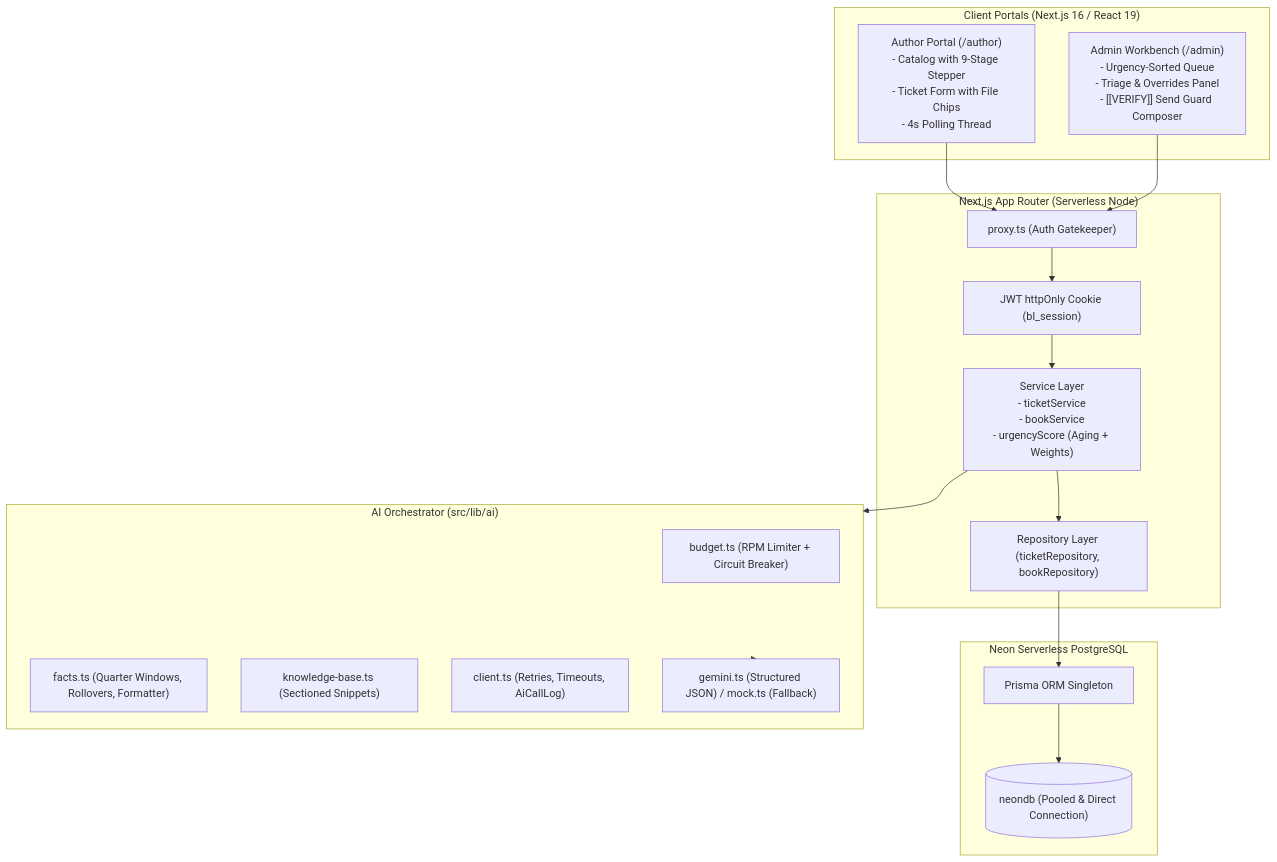
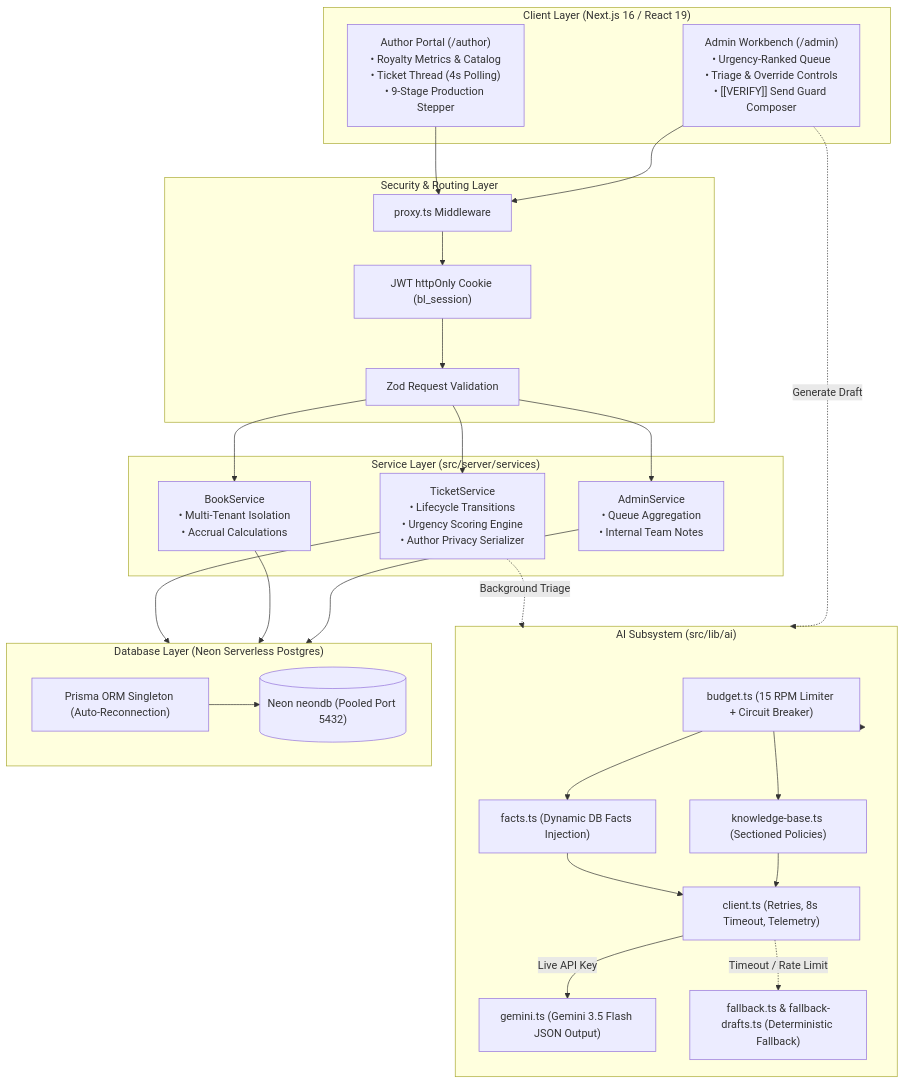
One commit to Nish2005karsh/BookLeaf changed the diagram in README.md. Above: the diagram before and after it, drawn with Mermaid. The commit also changed other lines of this file and 10 other files, not shown here.

````diff
--- a/README.md
+++ b/README.md
@@ -28,38 +118,52 @@
 ```mermaid
 flowchart TD
-  subgraph Client ["Client Portals (Next.js 16 / React 19)"]
-    AuthorUI["Author Portal (/author)\n- Catalog with 9-Stage Stepper\n- Ticket Form with File Chips\n- 4s Polling Thread"]
-    AdminUI["Admin Workbench (/admin)\n- Urgency-Sorted Queue\n- Triage & Overrides Panel\n- [[VERIFY]] Send Guard Composer"]
+  subgraph Client ["Client Layer (Next.js 16 / React 19)"]
+    AuthorApp["Author Portal (/author)\n• Royalty Metrics & Catalog\n• Ticket Thread (4s Polling)\n• 9-Stage Production Stepper"]
+    AdminApp["Admin Workbench (/admin)\n• Urgency-Ranked Queue\n• Triage & Override Controls\n• [[VERIFY]] Send Guard Composer"]
   end
 
-  subgraph Server ["Next.js App Router (Serverless Node)"]
-    Proxy["proxy.ts (Auth Gatekeeper)"]
-    Guard["JWT httpOnly Cookie (bl_session)"]
-    ServiceLayer["Service Layer\n- ticketService\n- bookService\n- urgencyScore (Aging + Weights)"]
-    RepoLayer["Repository Layer (ticketRepository, bookRepository)"]
+  subgraph Gatekeeper ["Security & Routing Layer"]
+    Proxy["proxy.ts Middleware"]
+    JWTGuard["JWT httpOnly Cookie (bl_session)"]
+    ZodValidate["Zod Request Validation"]
   end
 
-  subgraph Database ["Neon Serverless PostgreSQL"]
-    NeonDB[("neondb (Pooled & Direct Connection)")]
-    PrismaClient["Prisma ORM Singleton"]
+  subgraph Services ["Service Layer (src/server/services)"]
+    TicketService["TicketService\n• Lifecycle Transitions\n• Urgency Scoring Engine\n• Author Privacy Serializer"]
+    BookService["BookService\n• Multi-Tenant Isolation\n• Accrual Calculations"]
+    AdminService["AdminService\n• Queue Aggregation\n• Internal Team Notes"]
   end
 
-  subgraph AISubsystem ["AI Orchestrator (src/lib/ai)"]
-    Budget["budget.ts (RPM Limiter + Circuit Breaker)"]
-    FactsEngine["facts.ts (Quarter Windows, Rollovers, Formatter)"]
-    KBEngine["knowledge-base.ts (Sectioned Snippets)"]
-    AIClient["client.ts (Retries, Timeouts, AiCallLog)"]
-    Provider["gemini.ts (Structured JSON) / mock.ts (Fallback)"]
+  subgraph AIOrchestrator ["AI Subsystem (src/lib/ai)"]
+    BudgetManager["budget.ts (15 RPM Limiter + Circuit Breaker)"]
+    FactsBuilder["facts.ts (Dynamic DB Facts Injection)"]
+    KBRetriever["knowledge-base.ts (Sectioned Policies)"]
+    AIClient["client.ts (Retries, 8s Timeout, Telemetry)"]
+    GeminiEngine["gemini.ts (Gemini 3.5 Flash JSON Output)"]
+    FallbackEngine["fallback.ts & fallback-drafts.ts (Deterministic Fallback)"]
   end
 
-  AuthorUI --> Proxy
-  AdminUI --> Proxy
-  Proxy --> Guard
-  Guard --> ServiceLayer
-  ServiceLayer --> RepoLayer
-  RepoLayer --> PrismaClient
-  PrismaClient --> NeonDB
+  subgraph Storage ["Database Layer (Neon Serverless Postgres)"]
+    NeonPooler[("Neon neondb (Pooled Port 5432)")]
+    PrismaClient["Prisma ORM Singleton (Auto-Reconnection)"]
+  end
 
-  ServiceLayer --> AISubsystem
-  AISubsystem --> Provider
+  AuthorApp --> Proxy
+  AdminApp --> Proxy
+  Proxy --> JWTGuard
+  JWTGuard --> ZodValidate
+  ZodValidate --> TicketService & BookService & AdminService
+
+  TicketService --> Storage
+  BookService --> Storage
+  AdminService --> Storage
+  PrismaClient --> NeonPooler
+
+  TicketService -.->|Background Triage| AIOrchestrator
+  AdminApp -.->|Generate Draft| AIOrchestrator
+  AIOrchestrator --> BudgetManager
+  BudgetManager --> FactsBuilder & KBRetriever
+  FactsBuilder & KBRetriever --> AIClient
+  AIClient -->|Live API Key| GeminiEngine
+  AIClient -.->|Timeout / Rate Limit| FallbackEngine
 ```
````
